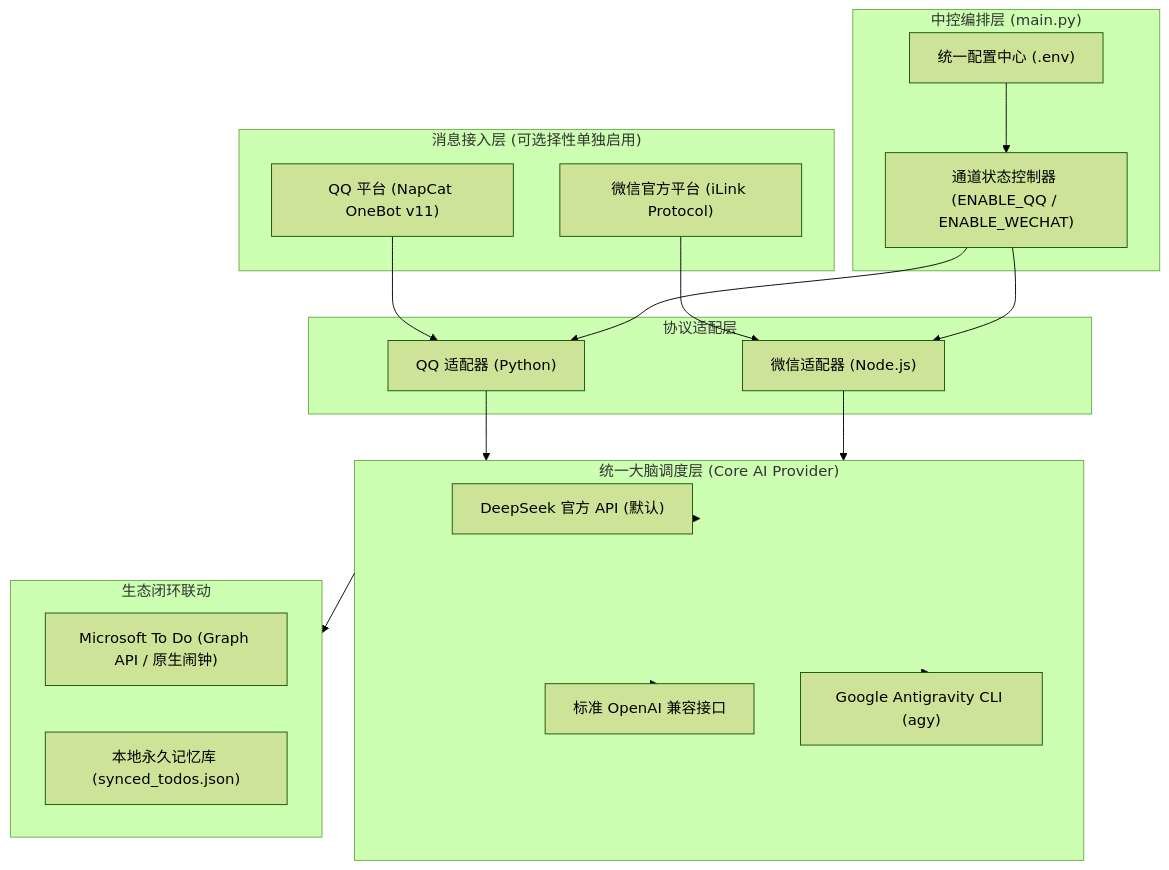
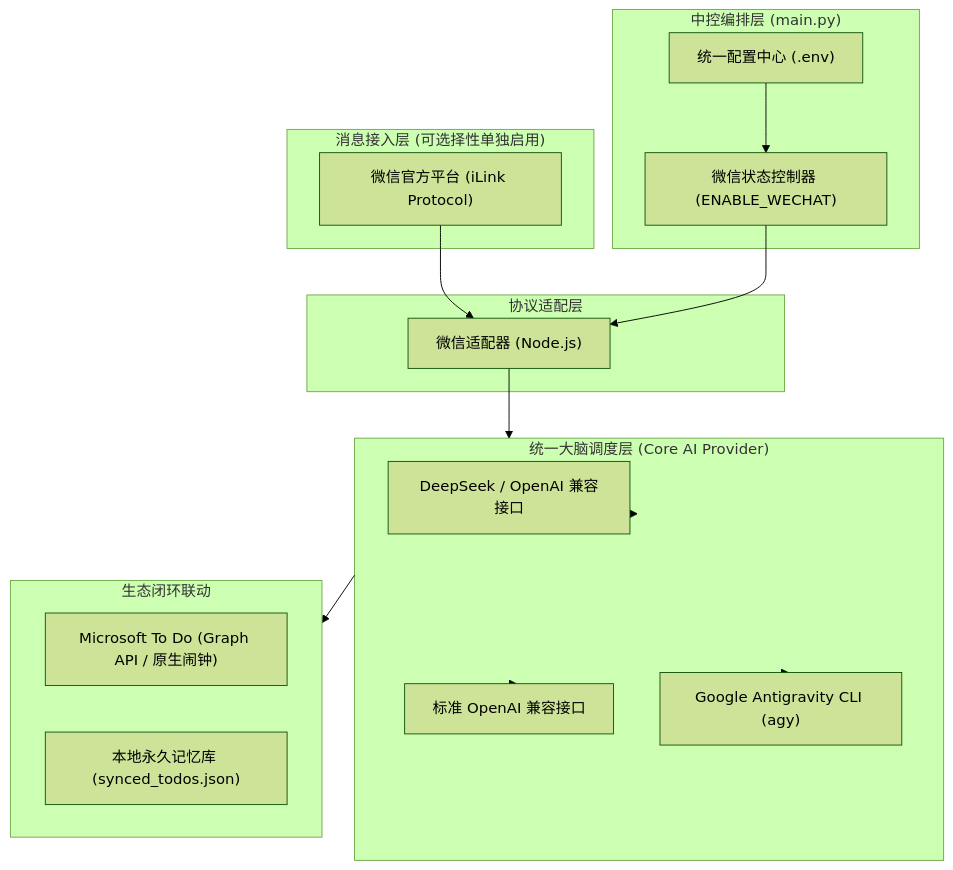
One commit to waaogg/omni-assistant changed the diagram in README_CN.md. Above: the diagram before and after it, drawn with Mermaid (forest theme). The commit also changed other lines of this file and 21 other files, not shown here.

````diff
--- a/README_CN.md
+++ b/README_CN.md
@@ -49,40 +53,35 @@
 ```mermaid
 flowchart TD
     subgraph Channels ["消息接入层 (可选择性单独启用)"]
-        QQ["QQ 平台 (NapCat OneBot v11)"]
         WX["微信官方平台 (iLink Protocol)"]
     end
 
     subgraph Adapters ["协议适配层"]
-        QA["QQ 适配器 (Python)"]
         WA["微信适配器 (Node.js)"]
     end
 
     subgraph Orchestrator ["中控编排层 (main.py)"]
         CFG["统一配置中心 (.env)"]
-        SW["通道状态控制器 (ENABLE_QQ / ENABLE_WECHAT)"]
+        SW["微信状态控制器 (ENABLE_WECHAT)"]
     end
 
     subgraph Brain ["统一大脑调度层 (Core AI Provider)"]
-        DS["DeepSeek 官方 API (默认)"]
+        DS["DeepSeek / OpenAI 兼容接口"]
         OAI["标准 OpenAI 兼容接口"]
         AGY["Google Antigravity CLI (agy)"]
     end
 
     subgraph Integration ["生态闭环联动"]
         TODO["Microsoft To Do (Graph API / 原生闹钟)"]
         MEM["本地永久记忆库 (synced_todos.json)"]
     end
 
-    QQ --> QA
     WX --> WA
     CFG --> SW
-    SW --> QA
     SW --> WA
-    QA --> Brain
     WA --> Brain
     Brain --> DS
     Brain --> OAI
     Brain --> AGY
     Brain --> Integration
 ```
````
